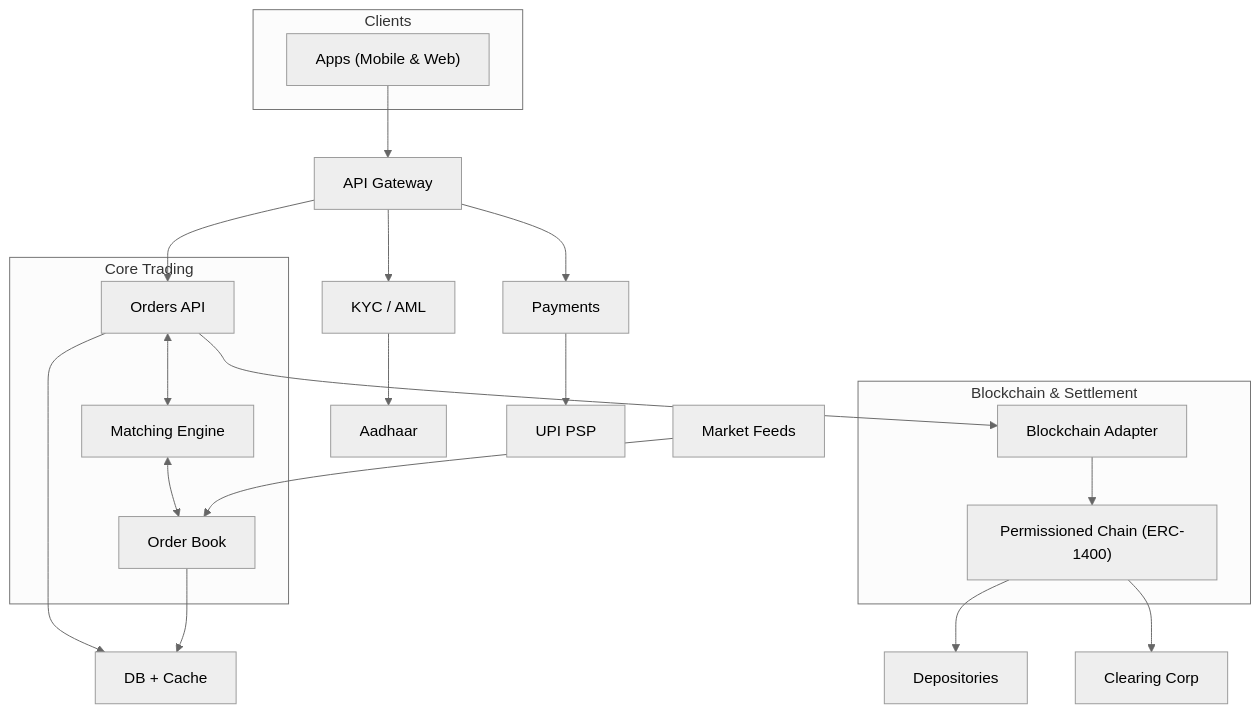
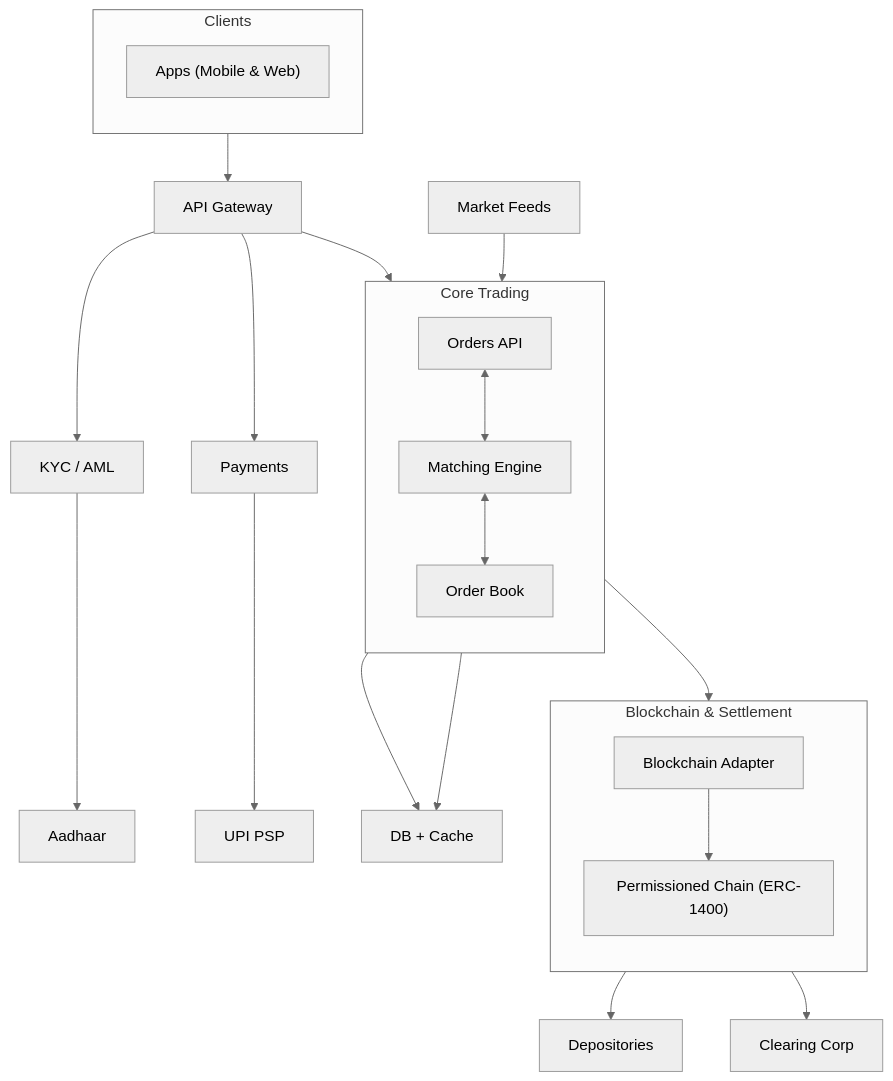
The diagram in README.md (the-ai-developer/SeBIxGFF2k25), drawn with Mermaid (neutral theme) before and after one commit.

````diff
--- a/README.md
+++ b/README.md
@@ -78,48 +78,52 @@
 ```mermaid
 flowchart TB
-  subgraph Clients["Clients"]
+  subgraph Clients
+    direction TB
     Apps["Apps (Mobile & Web)"]
   end
 
   Gateway["API Gateway"]
 
   subgraph Core["Core Trading"]
+    direction TB
     Orders["Orders API"]
     Matching["Matching Engine"]
     OrderBook["Order Book"]
+    Orders <--> Matching
+    Matching <--> OrderBook
   end
 
+  subgraph Settlement["Blockchain & Settlement"]
+    direction TB
+    Adapter["Blockchain Adapter"]
+    ChainNode["Permissioned Chain (ERC-1400)"]
+    Adapter --> ChainNode
+  end
+
+  Feeds["Market Feeds"]
+  Data["DB + Cache"]
   KYC["KYC / AML"]
   Payments["Payments"]
-  Data["DB + Cache"]
-
-  subgraph Settlement["Blockchain & Settlement"]
-    Adapter["Blockchain Adapter"]
-    ChainNode["Permissioned Chain (ERC-1400)"]
-  end
-
   Aadhaar["Aadhaar"]
   UPI["UPI PSP"]
-  Feeds["Market Feeds"]
   Depositories["Depositories"]
   Clearing["Clearing Corp"]
 
   Apps --> Gateway
+
   Gateway --> Orders
   Gateway --> KYC
   Gateway --> Payments
 
-  Orders <--> Matching
-  Matching <--> OrderBook
   Feeds --> OrderBook
 
   Orders --> Adapter
   Orders --> Data
   OrderBook --> Data
 
-  Adapter --> ChainNode
   ChainNode --> Depositories
   ChainNode --> Clearing
+
   KYC --> Aadhaar
   Payments --> UPI
 ```
````
